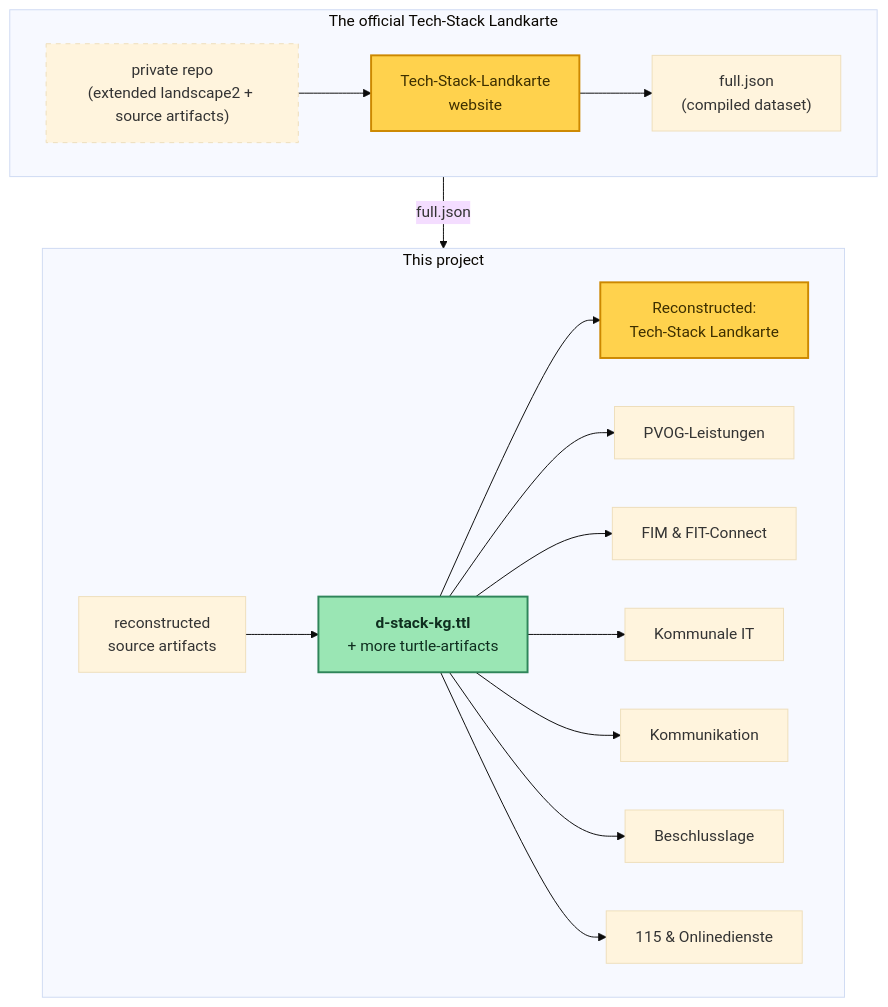
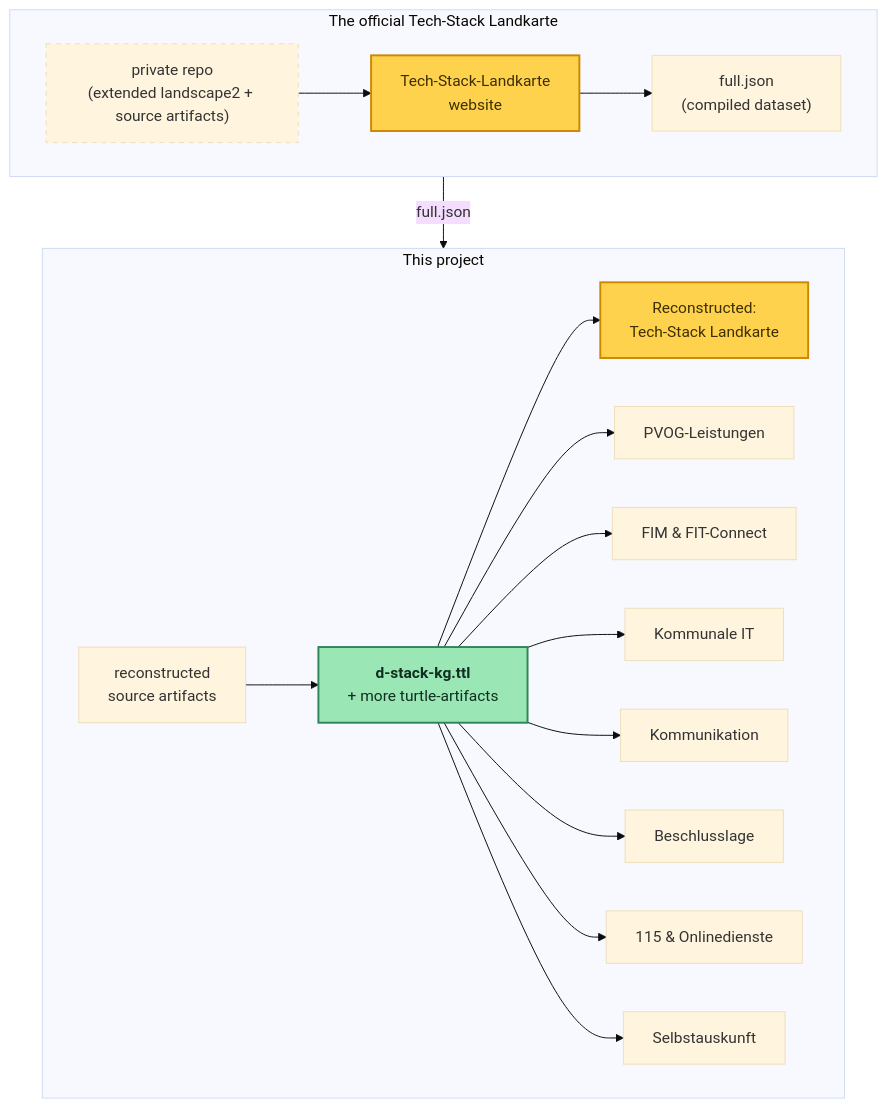
The diagram in README.md (benjaminaaron/d-stack-kg), drawn with Mermaid (base theme) before and after one commit. The commit also changed other lines of this file and 12 other files, not shown here.

````diff
--- a/README.md
+++ b/README.md
@@ -24,27 +24,28 @@
 ```mermaid
     flowchart TB
     subgraph sq ["The official Tech-Stack Landkarte"]
         direction LR
         repo["private repo<br/>(extended landscape2 + source artifacts)"] --> site["Tech-Stack-Landkarte<br/>website"] --> json["full.json<br/>(compiled dataset)"]
     end
     subgraph kg ["This project"]
         direction LR
         yml["reconstructed<br/>source artifacts"] --> dstack["<b>d-stack-kg.ttl</b><br/>+ more turtle-artifacts"]
         dstack --> roundtrip["Reconstructed:</br>Tech-Stack Landkarte"]
         dstack --> leistungen["PVOG-Leistungen"]
         dstack --> fachdaten["FIM &amp; FIT-Connect"]
         dstack --> kommune["Kommunale IT"]
         dstack --> komm["Kommunikation"]
         dstack --> beschluss["Beschlusslage"]
         dstack --> n115["115 &amp; Onlinedienste"]
+        dstack --> selbstauskunft["Selbstauskunft"]
     end
     sq -- "full.json" --> kg
 
     classDef private stroke-dasharray:5 5
     classDef key fill:#ffd24d,stroke:#cc8800,color:#3d2f00,stroke-width:2px
     classDef goal fill:#9ae6b4,stroke:#2f855a,color:#0f2e1f,stroke-width:2px
     class repo private
     class site key
     class roundtrip key
     class dstack goal
 ```
````
